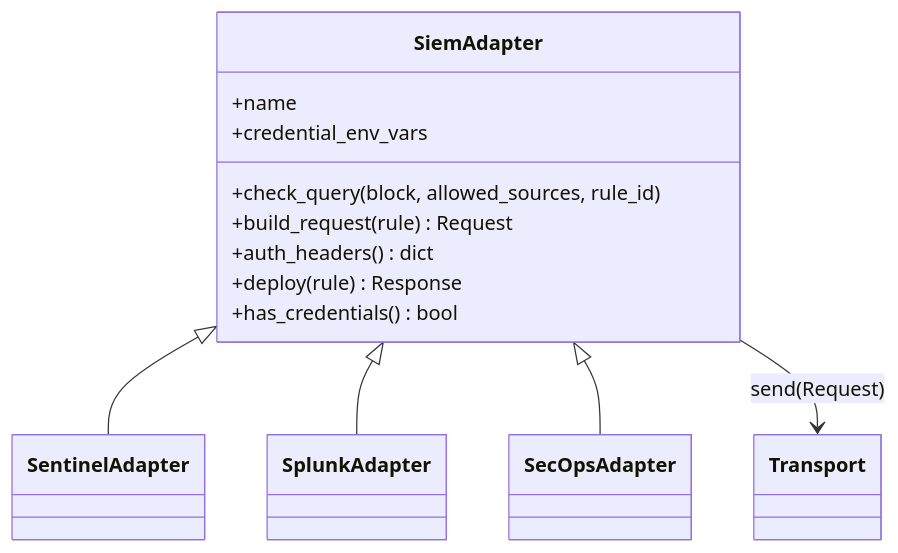
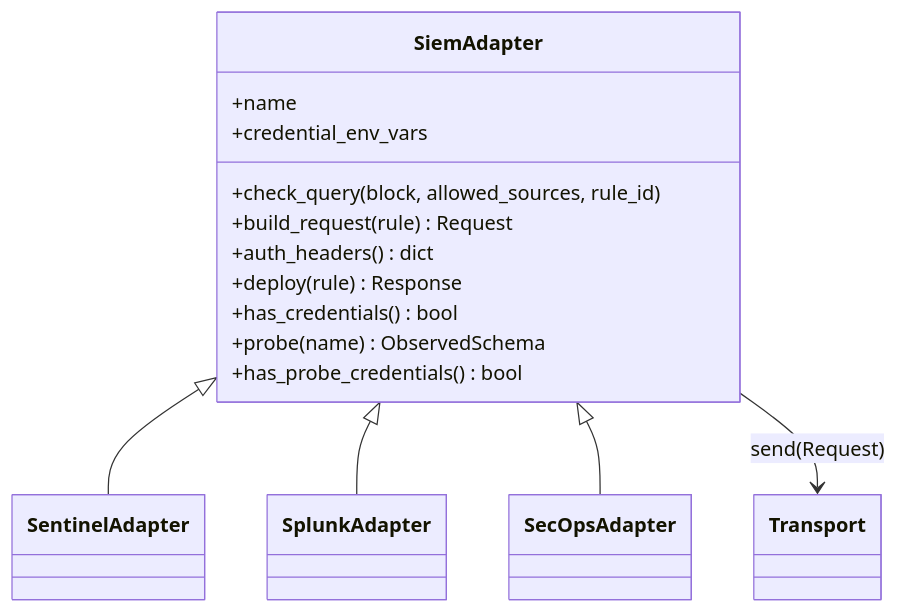
One commit to HungryBrain-bot/detection_As_Code changed the diagram in docs/components/adapters.md. Above: the diagram before and after it, drawn with Mermaid. The commit also changed other lines of this file and 57 other files, not shown here.

First line of the commit message:
Add per-customer gate, baseline tier, schema check with read-only probes, coverage layers

````diff
--- a/docs/components/adapters.md
+++ b/docs/components/adapters.md
@@ -11,16 +11,18 @@
 ```mermaid
 classDiagram
     class SiemAdapter {
         +name
         +credential_env_vars
         +check_query(block, allowed_sources, rule_id)
         +build_request(rule) Request
         +auth_headers() dict
         +deploy(rule) Response
         +has_credentials() bool
+        +probe(name) ObservedSchema
+        +has_probe_credentials() bool
     }
     SiemAdapter <|-- SentinelAdapter
     SiemAdapter <|-- SplunkAdapter
     SiemAdapter <|-- SecOpsAdapter
     SiemAdapter --> Transport : send(Request)
 ```
````
